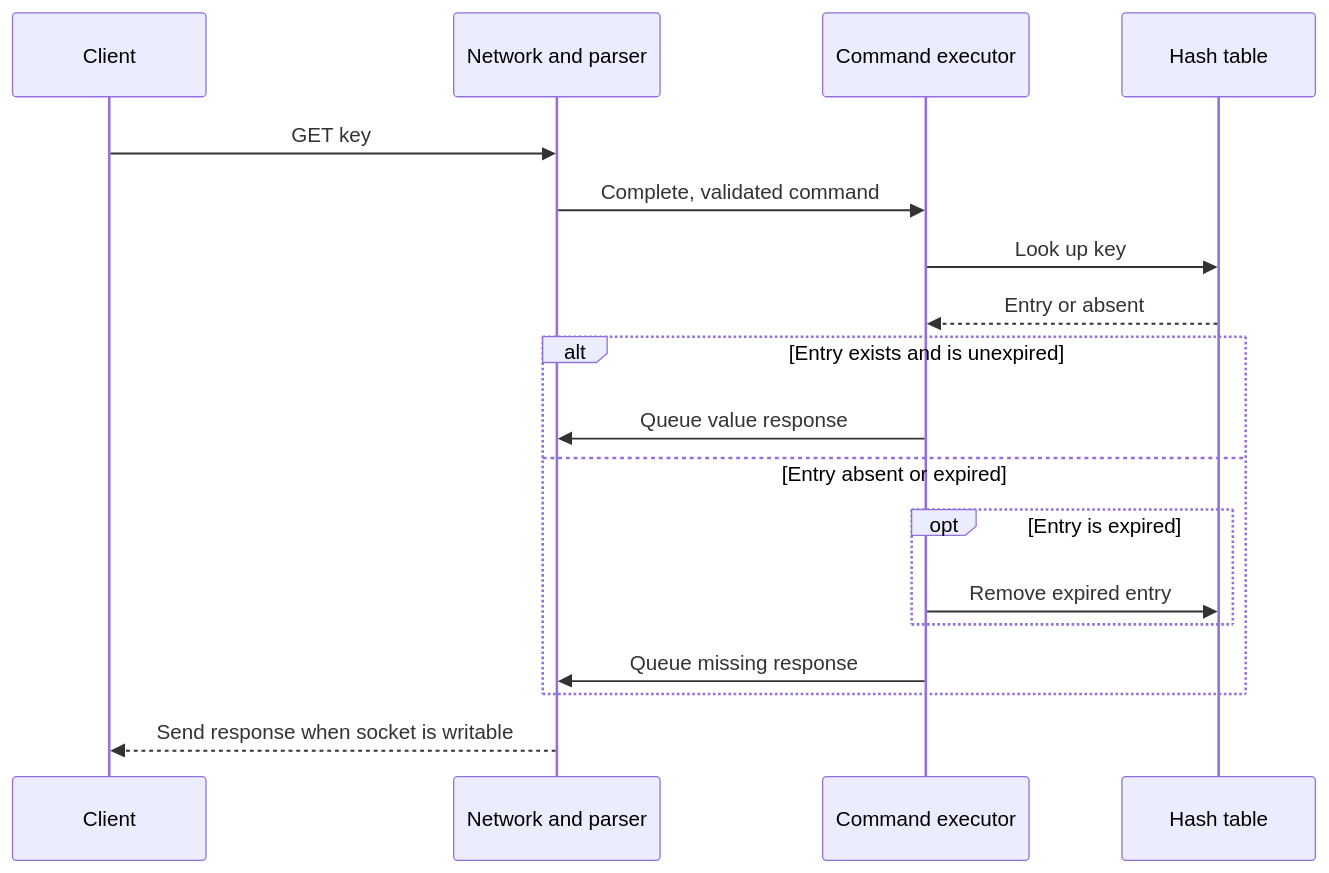
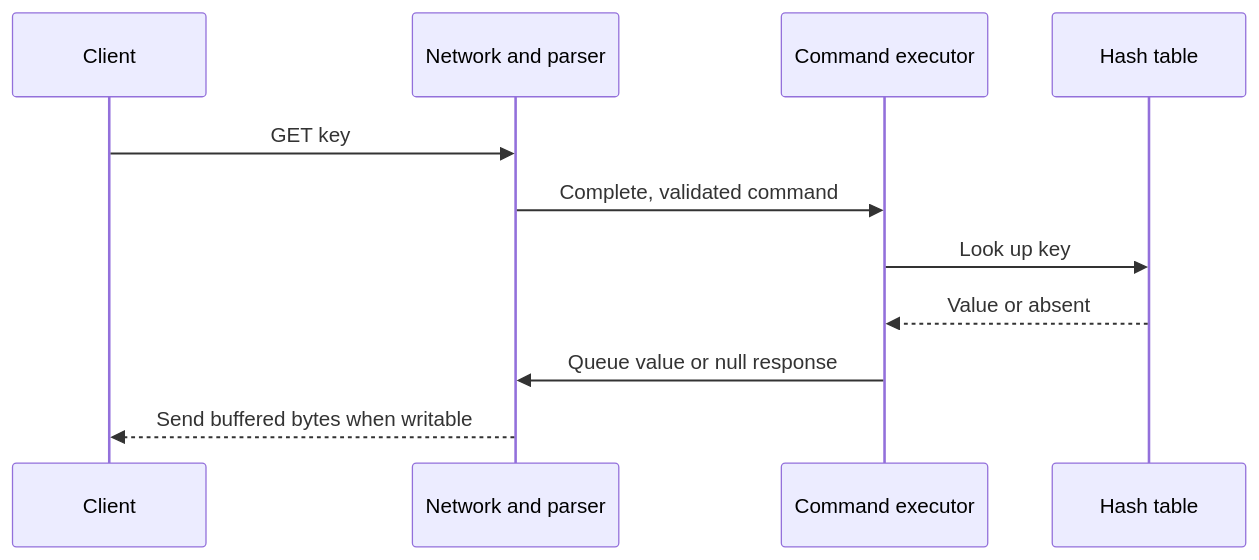
Before and after one commit to moadabdou/system_design: the second of 3 diagrams in redis/minimal-design.md, drawn with Mermaid. The commit also changed other lines of this file and 28 other files, not shown here.

````diff
--- a/redis/minimal-design.md
+++ b/redis/minimal-design.md
@@ -68,20 +58,13 @@
 ```mermaid
 sequenceDiagram
     participant C as Client
     participant N as Network and parser
     participant E as Command executor
     participant S as Hash table
     C->>N: GET key
     N->>E: Complete, validated command
     E->>S: Look up key
-    S-->>E: Entry or absent
-    alt Entry exists and is unexpired
-        E->>N: Queue value response
-    else Entry absent or expired
-        opt Entry is expired
-            E->>S: Remove expired entry
-        end
-        E->>N: Queue missing response
-    end
-    N-->>C: Send response when socket is writable
+    S-->>E: Value or absent
+    E->>N: Queue value or null response
+    N-->>C: Send buffered bytes when writable
 ```
````
